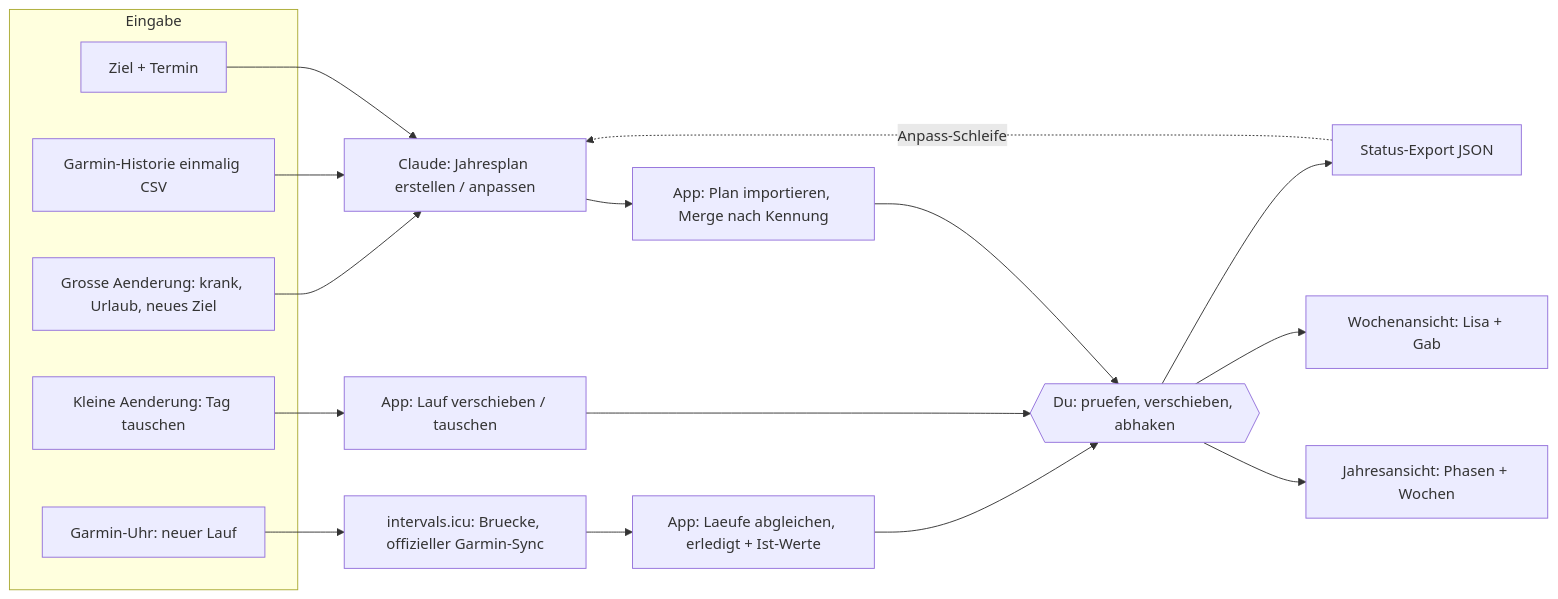
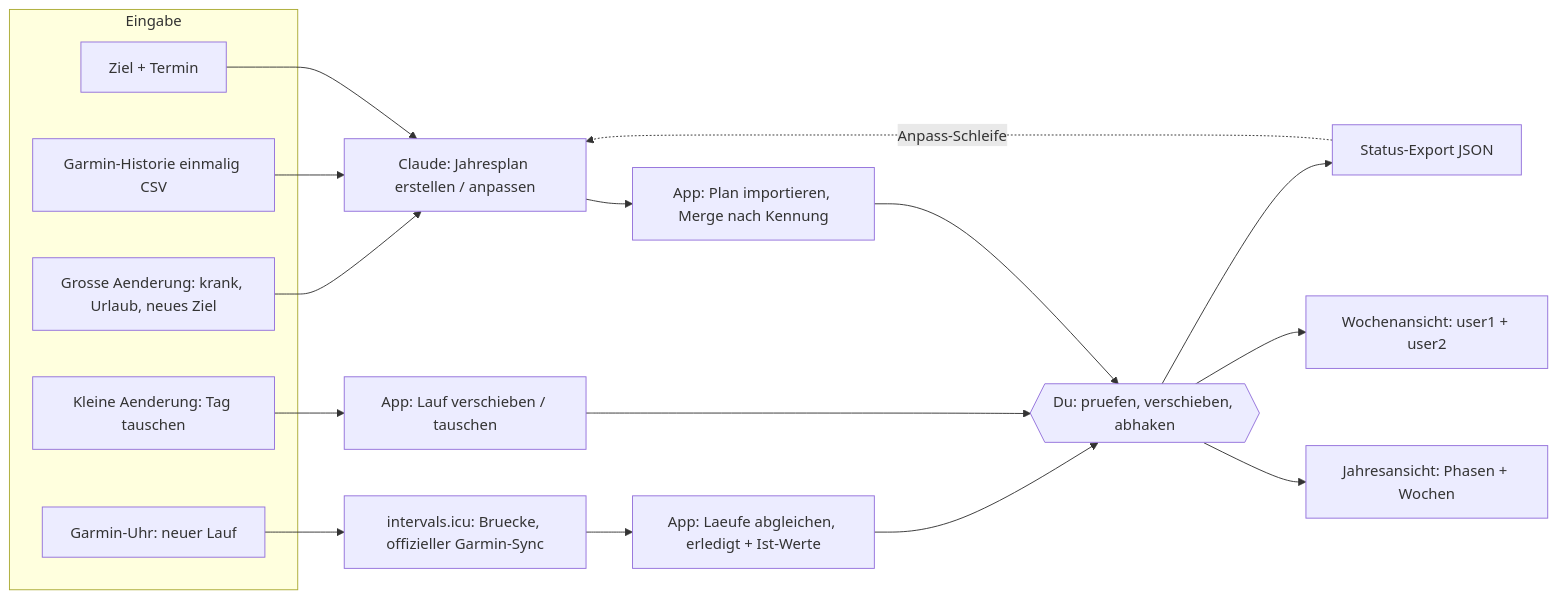
The diagram in docs/laufplaner-plan.md (jgc-coding/fitness-tracker), drawn with Mermaid before and after one commit. The commit also changed other lines of this file and 39 other files, not shown here.

````diff
--- a/docs/laufplaner-plan.md
+++ b/docs/laufplaner-plan.md
@@ -51,31 +51,31 @@
 ```mermaid
 flowchart LR
   subgraph Eingabe
     Z[Ziel + Termin]
     H[Garmin-Historie einmalig CSV]
     G[Grosse Aenderung: krank, Urlaub, neues Ziel]
     K[Kleine Aenderung: Tag tauschen]
     U[Garmin-Uhr: neuer Lauf]
   end
   C[Claude: Jahresplan erstellen / anpassen]
   B[intervals.icu: Bruecke, offizieller Garmin-Sync]
   I[App: Plan importieren, Merge nach Kennung]
   V[App: Lauf verschieben / tauschen]
   A[App: Laeufe abgleichen, erledigt + Ist-Werte]
   F{{Du: pruefen, verschieben, abhaken}}
   J[Jahresansicht: Phasen + Wochen]
-  W[Wochenansicht: Lisa + Gab]
+  W[Wochenansicht: user1 + user2]
   X[Status-Export JSON]
   Z --> C
   H --> C
   G --> C
   K --> V
   U --> B --> A
   C --> I --> F
   V --> F
   A --> F
   F --> J
   F --> W
   F --> X
   X -. Anpass-Schleife .-> C
 ```
````
